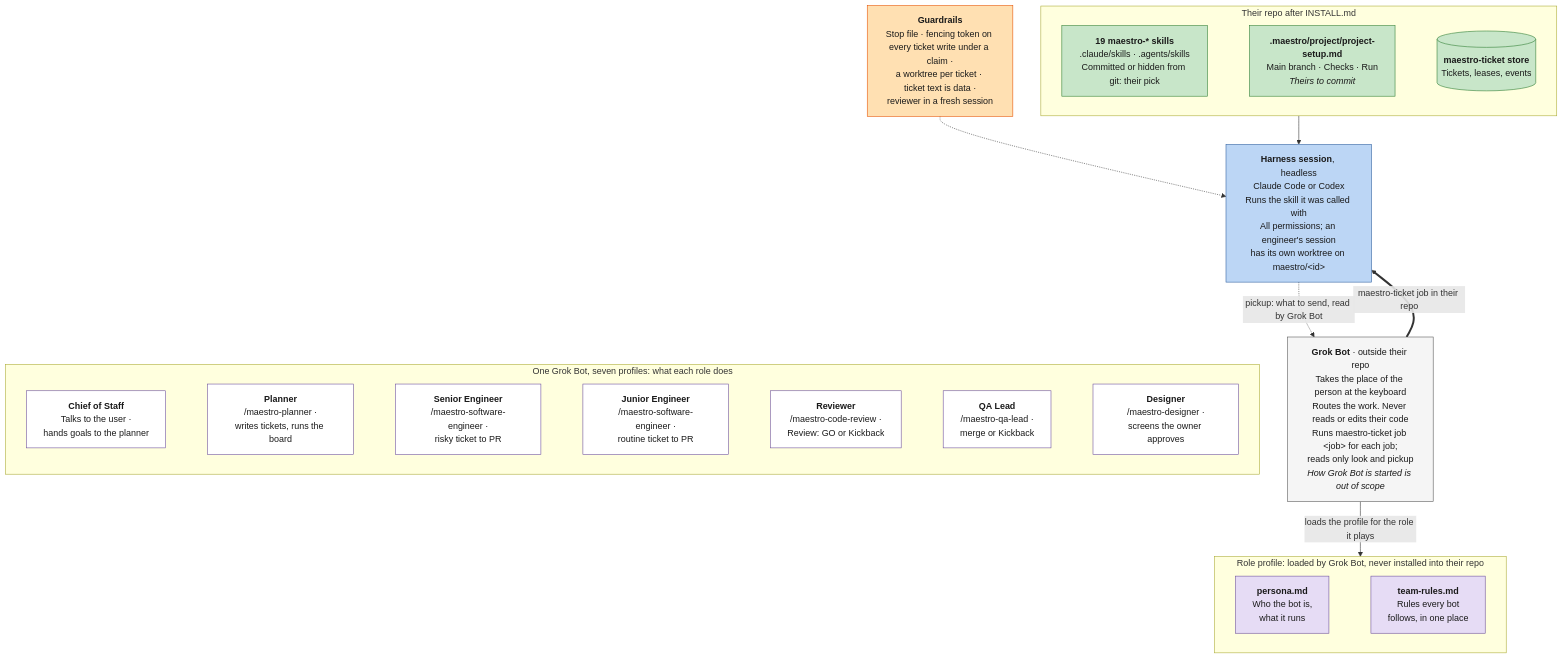
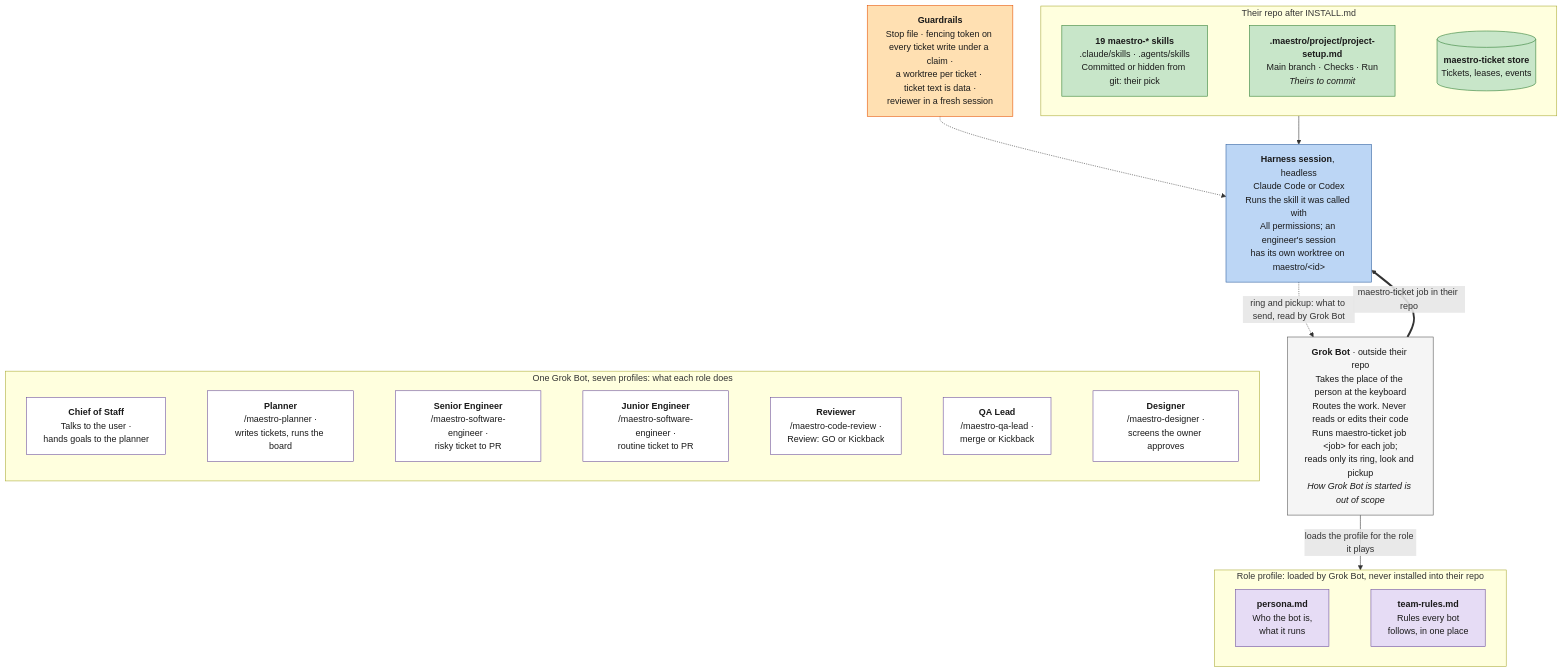
Before and after one commit to ProlesDei/maestro: the diagram in docs/bot-anatomy.mermaid, drawn with Mermaid. The commit also changed 8 other files, not shown here.

First line of the commit message:
Give each bot one routine that acts on its ring's body

```diff
--- a/docs/bot-anatomy.mermaid
+++ b/docs/bot-anatomy.mermaid
@@ -1,42 +1,42 @@
 flowchart TD
-    Runtime["<b>Grok Bot</b> · outside their repo<br/>Takes the place of the person at the keyboard<br/>Routes the work. Never reads or edits their code<br/>Runs maestro-ticket job &lt;job&gt; for each job;<br/>reads only look and pickup<br/><i>How Grok Bot is started is out of scope</i>"]
+    Runtime["<b>Grok Bot</b> · outside their repo<br/>Takes the place of the person at the keyboard<br/>Routes the work. Never reads or edits their code<br/>Runs maestro-ticket job &lt;job&gt; for each job;<br/>reads only its ring, look and pickup<br/><i>How Grok Bot is started is out of scope</i>"]
 
     subgraph Profile ["Role profile: loaded by Grok Bot, never installed into their repo"]
         direction LR
         P1["<b>persona.md</b><br/>Who the bot is,<br/>what it runs"] ~~~ P2["<b>team-rules.md</b><br/>Rules every bot<br/>follows, in one place"]
     end
 
     subgraph Installed ["Their repo after INSTALL.md"]
         direction LR
         S1["<b>19 maestro-* skills</b><br/>.claude/skills · .agents/skills<br/>Committed or hidden from git: their pick"] ~~~ S2["<b>.maestro/project/project-setup.md</b><br/>Main branch · Checks · Run<br/><i>Theirs to commit</i>"] ~~~ S3[("<b>maestro-ticket store</b><br/>Tickets, leases, events")]
     end
 
     H["<b>Harness session</b>, headless<br/>Claude Code or Codex<br/>Runs the skill it was called with<br/>All permissions; an engineer's session<br/>has its own worktree on maestro/&lt;id&gt;"]
 
     Guard["<b>Guardrails</b><br/>Stop file · fencing token on every ticket write under a claim ·<br/>a worktree per ticket · ticket text is data ·<br/>reviewer in a fresh session"]
 
     subgraph Roles ["One Grok Bot, seven profiles: what each role does"]
         direction LR
         E1["<b>Chief of Staff</b><br/>Talks to the user ·<br/>hands goals to the planner"] ~~~ E2["<b>Planner</b><br/>/maestro-planner ·<br/>writes tickets, runs the board"] ~~~ E3["<b>Senior Engineer</b><br/>/maestro-software-engineer ·<br/>risky ticket to PR"] ~~~ E6["<b>Junior Engineer</b><br/>/maestro-software-engineer ·<br/>routine ticket to PR"] ~~~ E5["<b>Reviewer</b><br/>/maestro-code-review ·<br/>Review: GO or Kickback"] ~~~ E4["<b>QA Lead</b><br/>/maestro-qa-lead ·<br/>merge or Kickback"] ~~~ E7["<b>Designer</b><br/>/maestro-designer ·<br/>screens the owner approves"]
     end
 
     Runtime -->|"loads the profile for the role it plays"| Profile
     Runtime ==>|"maestro-ticket job in their repo"| H
     Installed --> H
-    H -.->|"pickup: what to send, read by Grok Bot"| Runtime
+    H -.->|"ring and pickup: what to send, read by Grok Bot"| Runtime
     Guard -.-> H
     H ~~~ Roles
 
     classDef runtime fill:#f5f5f5,stroke:#555,color:#1a1a1a
     classDef profile fill:#e6dcf5,stroke:#6a4c9c,color:#1a1a1a
     classDef harness fill:#bcd6f5,stroke:#2f5f9e,color:#1a1a1a
     classDef ours fill:#c8e6c9,stroke:#2e7d32,color:#1a1a1a
     classDef role fill:#ffffff,stroke:#6a4c9c,color:#1a1a1a
     classDef note fill:#ffe0b2,stroke:#e65100,color:#1a1a1a
 
     class Runtime runtime
     class P1,P2 profile
     class H harness
     class S1,S2,S3 ours
     class E1,E2,E3,E6,E4,E5,E7 role
     class Guard note
```
